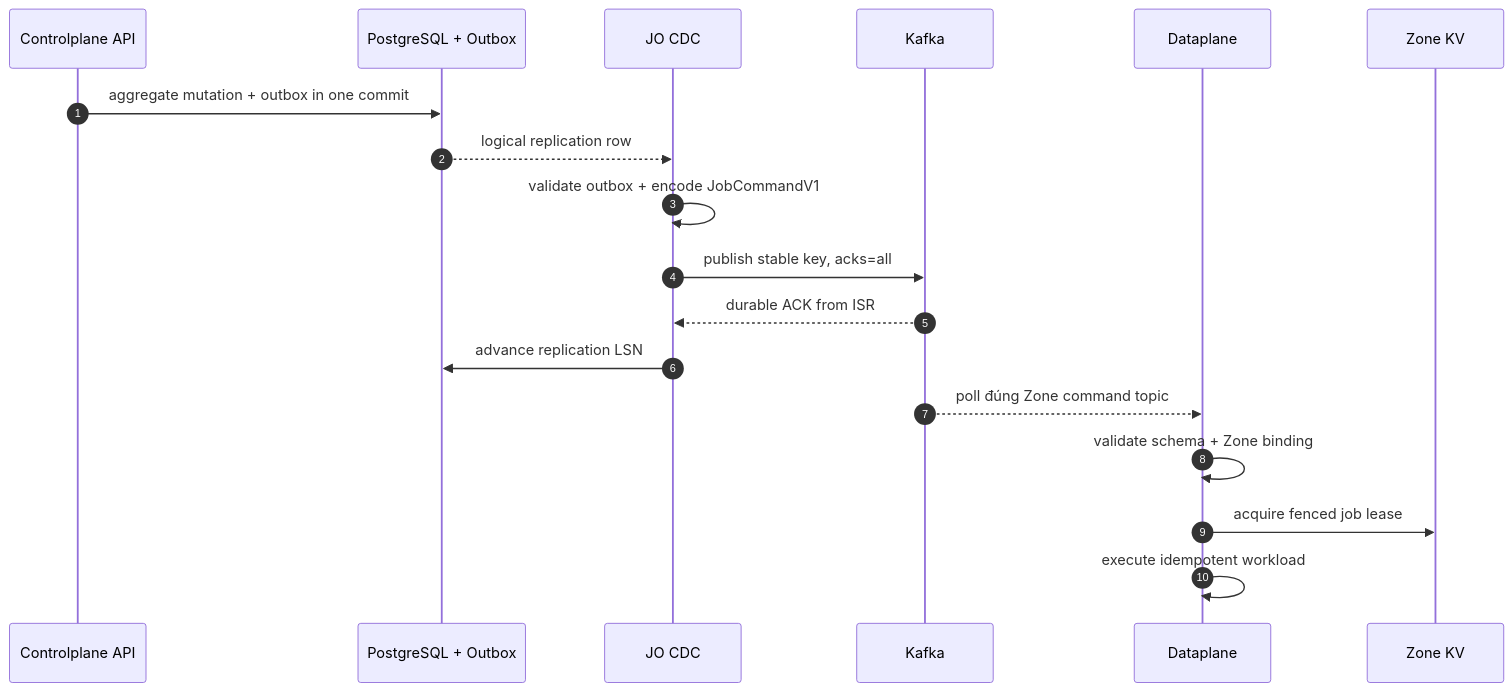
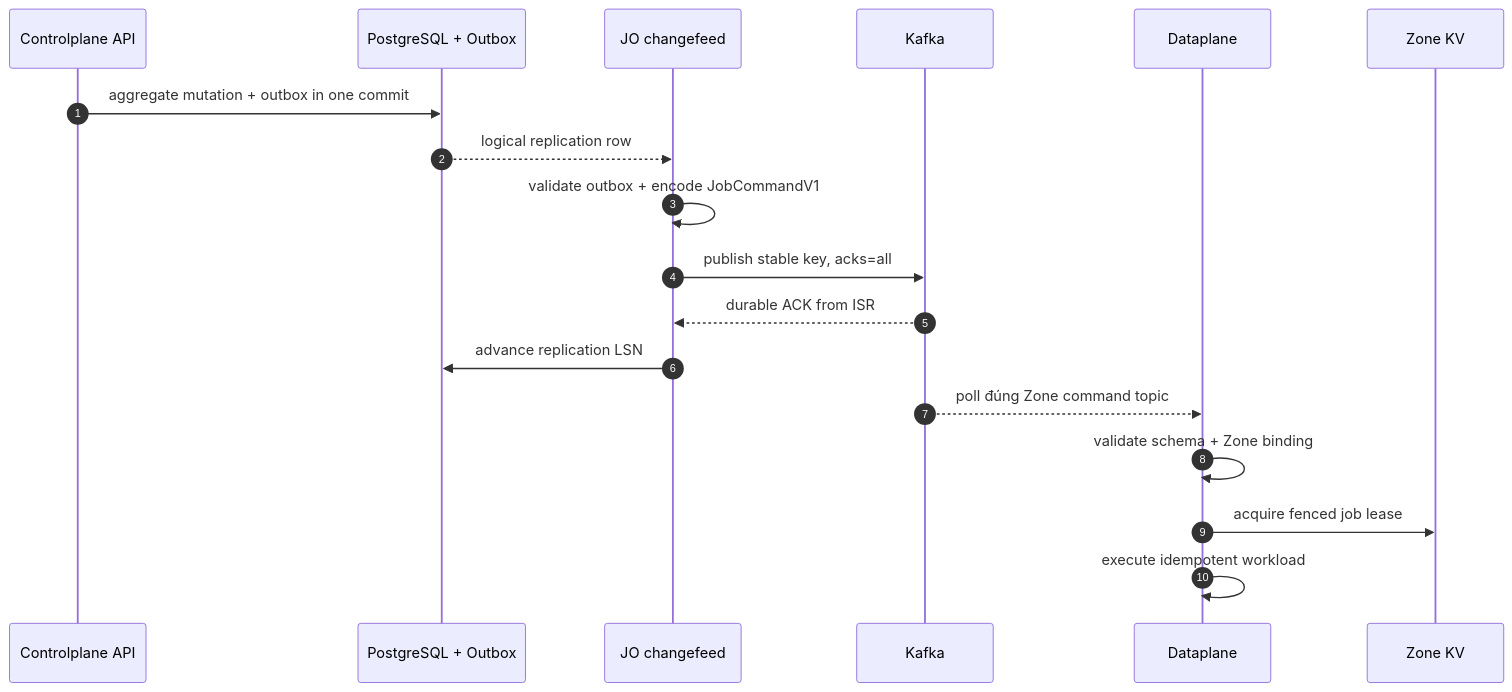
The second of 4 diagrams in god_view/platform/kafka_platform_transport_god_view.md (phucle996/aurora), drawn with Mermaid before and after one commit. The commit also changed other lines of this file and 87 other files, not shown here.

````diff
--- a/god_view/platform/kafka_platform_transport_god_view.md
+++ b/god_view/platform/kafka_platform_transport_god_view.md
@@ -97,21 +99,21 @@
 ```mermaid
 sequenceDiagram
     autonumber
     participant API as Controlplane API
     participant PG as PostgreSQL + Outbox
-    participant JO as JO CDC
+    participant JO as JO changefeed
     participant K as Kafka
     participant DP as Dataplane
     participant KV as Zone KV
 
     API->>PG: aggregate mutation + outbox in one commit
     PG-->>JO: logical replication row
     JO->>JO: validate outbox + encode JobCommandV1
     JO->>K: publish stable key, acks=all
     K-->>JO: durable ACK from ISR
     JO->>PG: advance replication LSN
     K-->>DP: poll đúng Zone command topic
     DP->>DP: validate schema + Zone binding
     DP->>KV: acquire fenced job lease
     DP->>DP: execute idempotent workload
 ```
````
